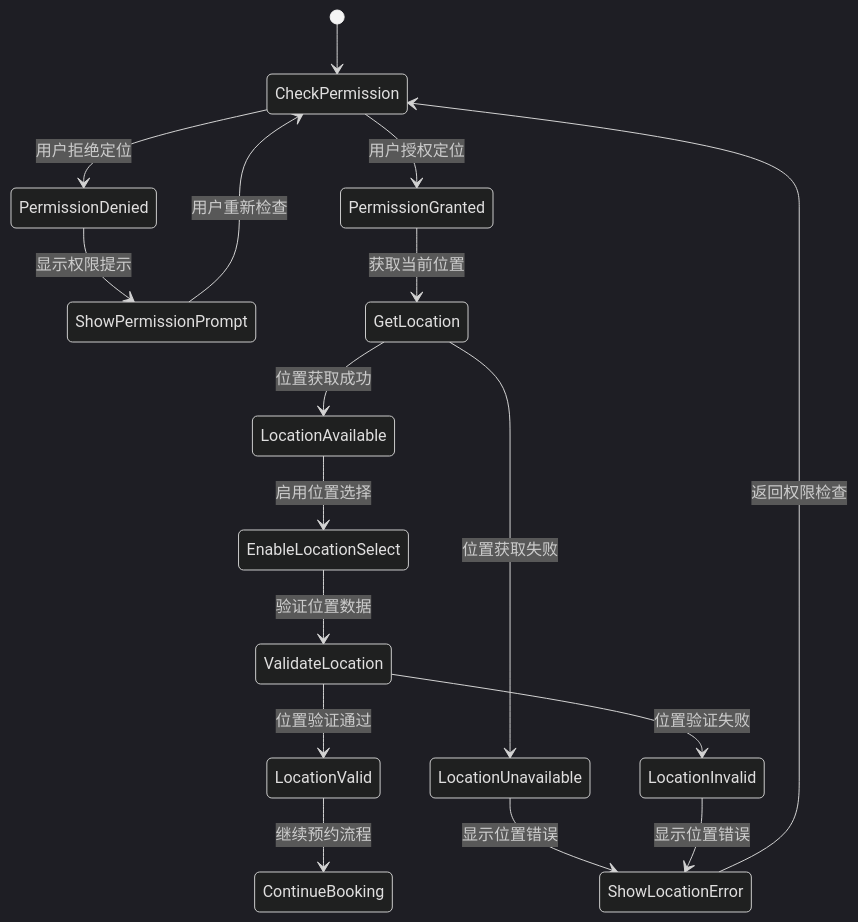
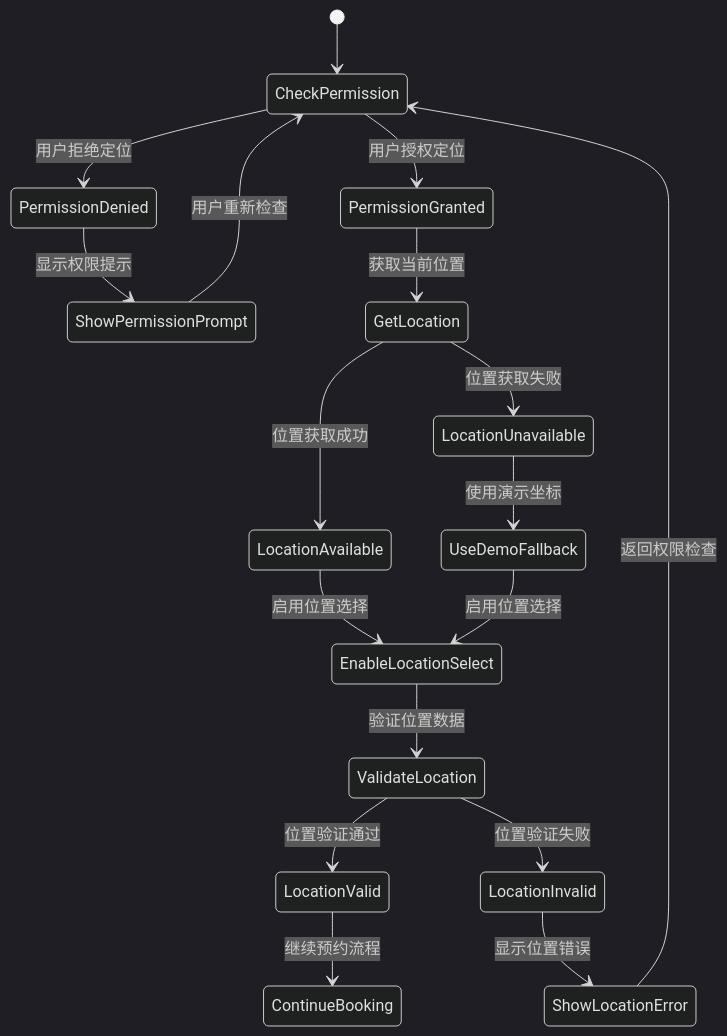
The sixth of 10 diagrams in .qoder/repowiki/zh/content/核心功能模块/盲人跑者功能/预约创建系统.md (Jayden23018/blind-run-ios), drawn with Mermaid (dark theme) before and after one commit. The commit also changed other lines of this file and 14 other files, not shown here.

Commit message:
Improve blind runner booking map and speech input flows

````diff
--- a/.qoder/repowiki/zh/content/核心功能模块/盲人跑者功能/预约创建系统.md
+++ b/.qoder/repowiki/zh/content/核心功能模块/盲人跑者功能/预约创建系统.md
@@ -278,19 +320,20 @@
 ```mermaid
 stateDiagram-v2
 [*] --> CheckPermission
 CheckPermission --> PermissionGranted : 用户授权定位
 CheckPermission --> PermissionDenied : 用户拒绝定位
 PermissionDenied --> ShowPermissionPrompt : 显示权限提示
 ShowPermissionPrompt --> CheckPermission : 用户重新检查
 PermissionGranted --> GetLocation : 获取当前位置
 GetLocation --> LocationAvailable : 位置获取成功
 GetLocation --> LocationUnavailable : 位置获取失败
 LocationAvailable --> EnableLocationSelect : 启用位置选择
-LocationUnavailable --> ShowLocationError : 显示位置错误
+LocationUnavailable --> UseDemoFallback : 使用演示坐标
+UseDemoFallback --> EnableLocationSelect : 启用位置选择
 ShowLocationError --> CheckPermission : 返回权限检查
 EnableLocationSelect --> ValidateLocation : 验证位置数据
 ValidateLocation --> LocationValid : 位置验证通过
 ValidateLocation --> LocationInvalid : 位置验证失败
 LocationValid --> ContinueBooking : 继续预约流程
 LocationInvalid --> ShowLocationError : 显示位置错误
 ```
````
